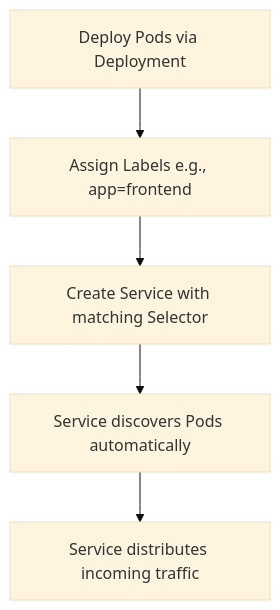
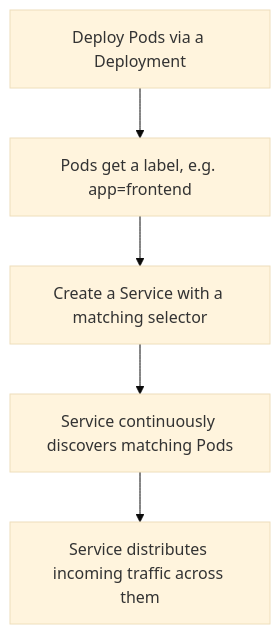
One commit to nirajp82/KubernetesWithAmazon_EKS_Fargate_DevOps changed the first of 2 diagrams in sections/01-kubernetes-basics/10_Services.md. Above: the diagram before and after it, drawn with Mermaid (base theme). The commit also changed other lines of this file and 11 other files, not shown here.

````diff
--- a/sections/01-kubernetes-basics/10_Services.md
+++ b/sections/01-kubernetes-basics/10_Services.md
@@ -37,8 +22,7 @@
 ```mermaid
 flowchart TD
-    A[Deploy Pods via Deployment] --> B[Assign Labels e.g., app=frontend]
-    B --> C[Create Service with matching Selector]
-    C --> D[Service discovers Pods automatically]
-    D --> E[Service distributes incoming traffic]
-
+    A[Deploy Pods via a Deployment] --> B[Pods get a label, e.g. app=frontend]
+    B --> C[Create a Service with a matching selector]
+    C --> D[Service continuously discovers matching Pods]
+    D --> E[Service distributes incoming traffic across them]
 ```
````
